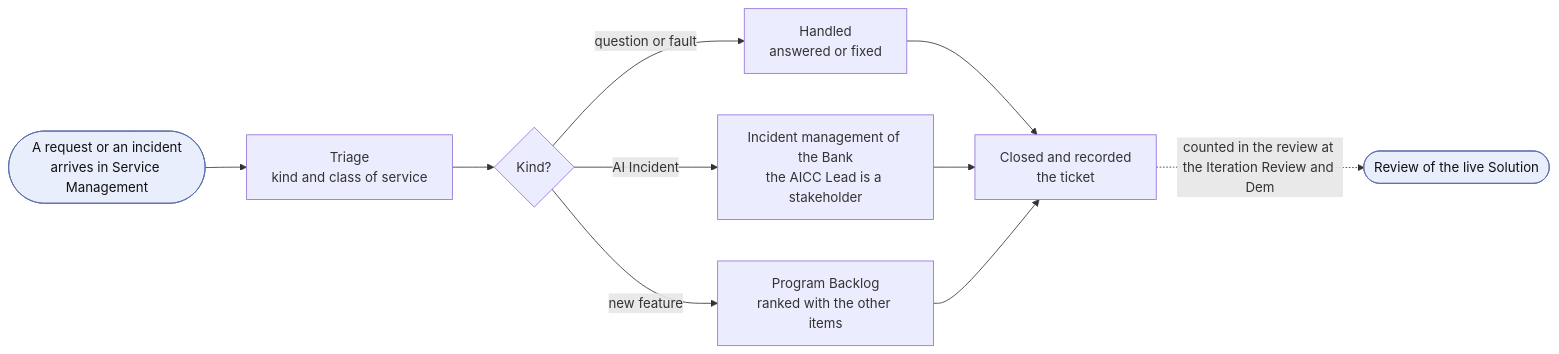
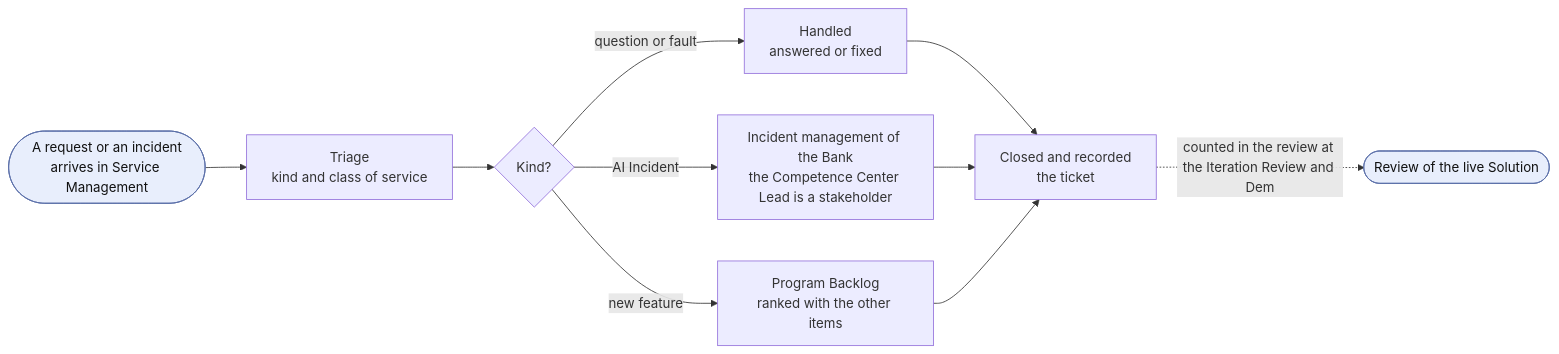
Before and after one commit to devhogu/ob-aicc: diagram 12 of 13 in charter/en/documents/solution-lifecycle-model.md, drawn with Mermaid. The commit also changed other lines of this file and 1149 other files, not shown here.

First line of the commit message:
The name Competence Center: AICC stays only as a code (DR-2026-066)

````diff
--- a/charter/en/documents/solution-lifecycle-model.md
+++ b/charter/en/documents/solution-lifecycle-model.md
@@ -452,13 +452,13 @@
 ```mermaid
 flowchart LR
   RQ(["A request or an incident<br/>arrives in Service Management"]):::iface --> TR["Triage<br/>kind and class of service"]
   TR --> K{"Kind?"}
-  K -->|AI Incident| IM["Incident management of the Bank<br/>the AICC Lead is a stakeholder"]
+  K -->|AI Incident| IM["Incident management of the Bank<br/>the Competence Center Lead is a stakeholder"]
   K -->|question or fault| HD["Handled<br/>answered or fixed"]
   K -->|new feature| PB["Program Backlog<br/>ranked with the other items"]
   HD --> CL["Closed and recorded<br/>the ticket"]
   IM --> CL
   PB --> CL
   CL -.counted in the review at the Iteration Review and Demo.-> RV(["Review of the live Solution"]):::iface
   classDef iface fill:#e8eefc,stroke:#5a6fa8,color:#111
 ```
````
